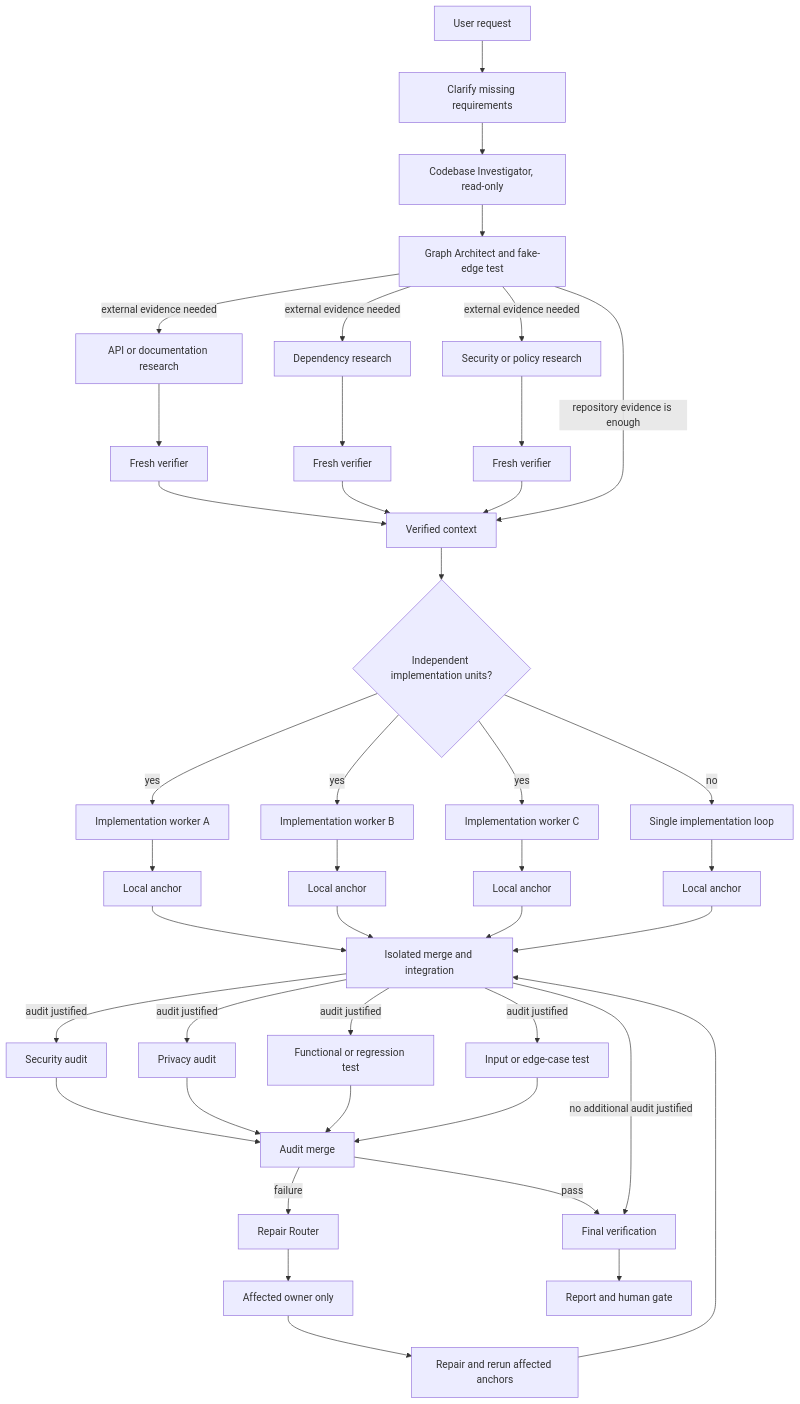
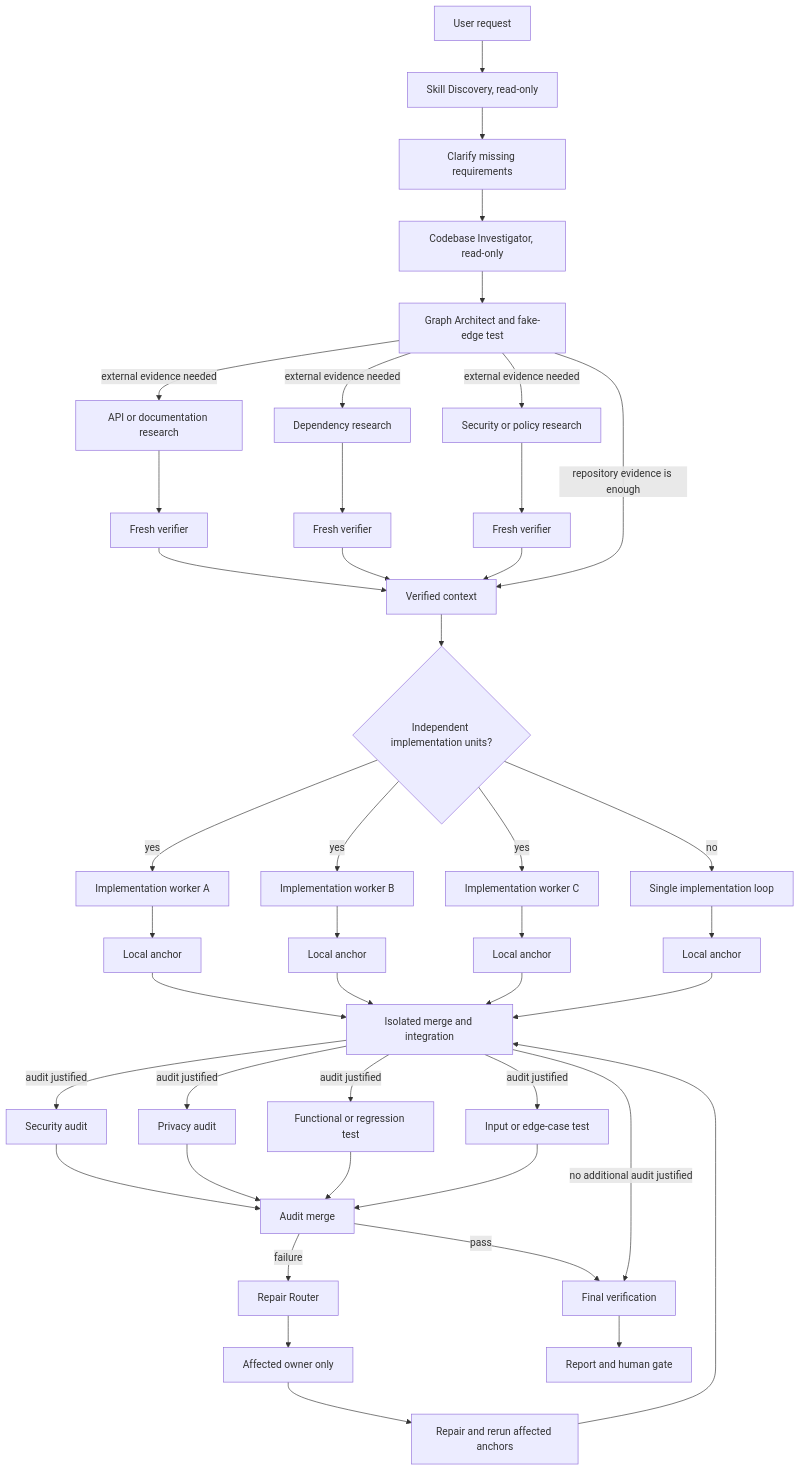
Before and after one commit to Thanarak-q/graph-engineering-workflow: the diagram in README.md, drawn with Mermaid. The commit also changed other lines of this file and 1 other file, not shown here.

Commit message:
feat: add skill-aware graph routing

````diff
--- a/README.md
+++ b/README.md
@@ -97,54 +117,55 @@
 ```mermaid
 flowchart TD
-    U[User request] --> C[Clarify missing requirements]
+    U[User request] --> SD[Skill Discovery, read-only]
+    SD --> C[Clarify missing requirements]
     C --> CI[Codebase Investigator, read-only]
     CI --> G[Graph Architect and fake-edge test]
 
     G -->|external evidence needed| R1[API or documentation research]
     G -->|external evidence needed| R2[Dependency research]
     G -->|external evidence needed| R3[Security or policy research]
 
     R1 --> V1[Fresh verifier]
     R2 --> V2[Fresh verifier]
     R3 --> V3[Fresh verifier]
 
     V1 --> K[Verified context]
     V2 --> K
     V3 --> K
     G -->|repository evidence is enough| K
 
     K --> D{Independent implementation units?}
     D -->|yes| I1[Implementation worker A]
     D -->|yes| I2[Implementation worker B]
     D -->|yes| I3[Implementation worker C]
     D -->|no| S[Single implementation loop]
 
     I1 --> T1[Local anchor]
     I2 --> T2[Local anchor]
     I3 --> T3[Local anchor]
     S --> TS[Local anchor]
 
     T1 --> M[Isolated merge and integration]
     T2 --> M
     T3 --> M
     TS --> M
 
     M -->|audit justified| A1[Security audit]
     M -->|audit justified| A2[Privacy audit]
     M -->|audit justified| A3[Functional or regression test]
     M -->|audit justified| A4[Input or edge-case test]
     M -->|no additional audit justified| F[Final verification]
 
     A1 --> AM[Audit merge]
     A2 --> AM
     A3 --> AM
     A4 --> AM
 
     AM -->|failure| RR[Repair Router]
     RR --> O[Affected owner only]
     O --> RT[Repair and rerun affected anchors]
     RT --> M
 
     AM -->|pass| F
     F --> H[Report and human gate]
 ```
````
